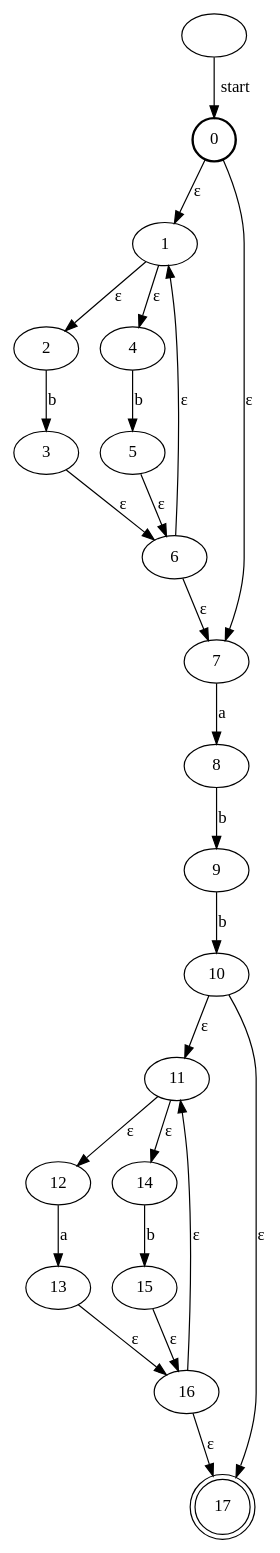
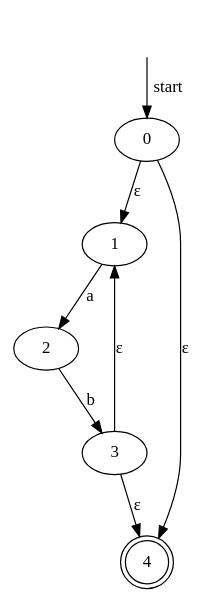
Before and after one commit to EstebanAG1005/LaboratorioA-Dise-o-de-Lenguajes: the diagram in nfa.gv, drawn with Graphviz. The commit also changed 3 other files, not shown here.

```diff
--- a/nfa.gv
+++ b/nfa.gv
@@ -1,44 +1,14 @@
 digraph {
-	0 [label=0 shape=circle style=bold]
+	"" [shape=none style=invisible]
+	"" -> 0 [label=start]
 	1 [label=1]
 	2 [label=2]
 	3 [label=3]
-	4 [label=4]
-	5 [label=5]
-	6 [label=6]
-	7 [label=7]
-	8 [label=8]
-	9 [label=9]
-	10 [label=10]
-	11 [label=11]
-	12 [label=12]
-	13 [label=13]
-	14 [label=14]
-	15 [label=15]
-	16 [label=16]
-	17 [label=17 shape=doublecircle]
-	"" -> 0 [label=start]
+	4 [label=4 shape=doublecircle]
 	0 -> 1 [label="ε"]
-	0 -> 7 [label="ε"]
-	1 -> 2 [label="ε"]
-	1 -> 4 [label="ε"]
+	0 -> 4 [label="ε"]
+	1 -> 2 [label=a]
 	2 -> 3 [label=b]
-	4 -> 5 [label=b]
-	3 -> 6 [label="ε"]
-	5 -> 6 [label="ε"]
-	6 -> 1 [label="ε"]
-	6 -> 7 [label="ε"]
-	7 -> 8 [label=a]
-	8 -> 9 [label=b]
-	9 -> 10 [label=b]
-	10 -> 11 [label="ε"]
-	10 -> 17 [label="ε"]
-	11 -> 12 [label="ε"]
-	11 -> 14 [label="ε"]
-	12 -> 13 [label=a]
-	14 -> 15 [label=b]
-	13 -> 16 [label="ε"]
-	15 -> 16 [label="ε"]
-	16 -> 11 [label="ε"]
-	16 -> 17 [label="ε"]
+	3 -> 1 [label="ε"]
+	3 -> 4 [label="ε"]
 }
```
